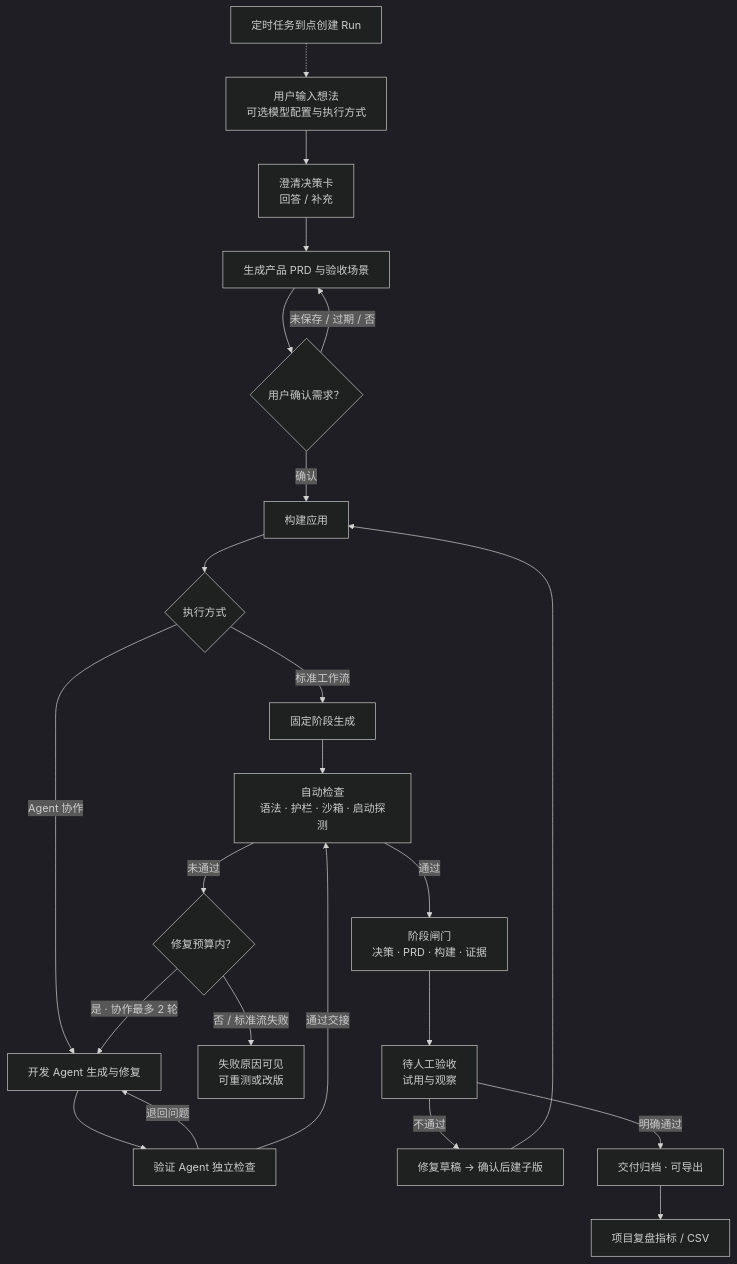
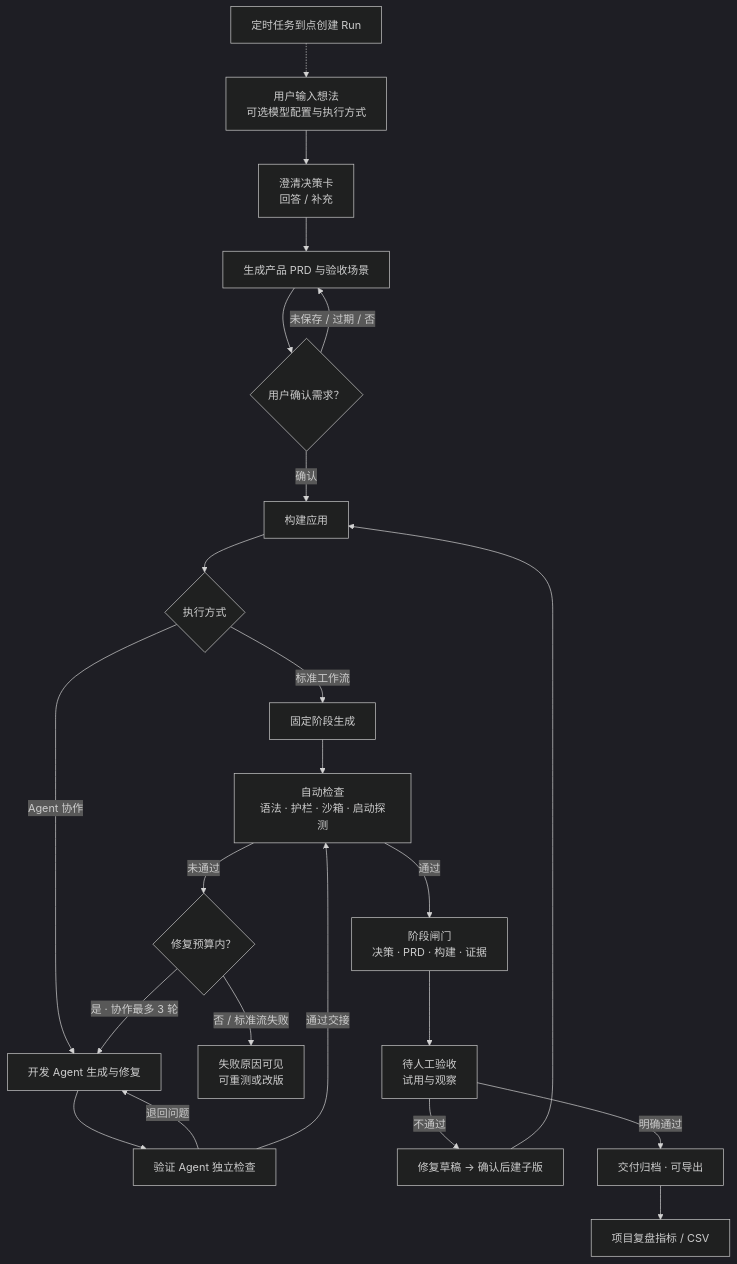
The second of 2 diagrams in docs/PRD/版本/V1.2/PRD.md (Zkeery/agent-factory), drawn with Mermaid (dark theme) before and after one commit. The commit also changed other lines of this file and 15 other files, not shown here.

````diff
--- a/docs/PRD/版本/V1.2/PRD.md
+++ b/docs/PRD/版本/V1.2/PRD.md
@@ -174,25 +174,25 @@
 ```mermaid
 flowchart TD
   A["用户输入想法<br/>可选模型配置与执行方式"] --> B["澄清决策卡<br/>回答 / 补充"]
   B --> C["生成产品 PRD 与验收场景"]
   C --> D{"用户确认需求？"}
   D -->|"未保存 / 过期 / 否"| C
   D -->|"确认"| E["构建应用"]
   E --> F{"执行方式"}
   F -->|"标准工作流"| G["固定阶段生成"]
   F -->|"Agent 协作"| H["开发 Agent 生成与修复"]
   H --> I["验证 Agent 独立检查"]
   I -->|"退回问题"| H
   G --> J["自动检查<br/>语法 · 护栏 · 沙箱 · 启动探测"]
   I -->|"通过交接"| J
   J -->|"未通过"| K{"修复预算内？"}
-  K -->|"是 · 协作最多 2 轮"| H
+  K -->|"是 · 协作最多 3 轮"| H
   K -->|"否 / 标准流失败"| L["失败原因可见<br/>可重测或改版"]
   J -->|"通过"| M["阶段闸门<br/>决策 · PRD · 构建 · 证据"]
   M --> N["待人工验收<br/>试用与观察"]
   N -->|"不通过"| O["修复草稿 → 确认后建子版"]
   O --> E
   N -->|"明确通过"| P["交付归档 · 可导出"]
   P --> Q["项目复盘指标 / CSV"]
   SCH2["定时任务到点创建 Run"] -.-> A
 ```
````
